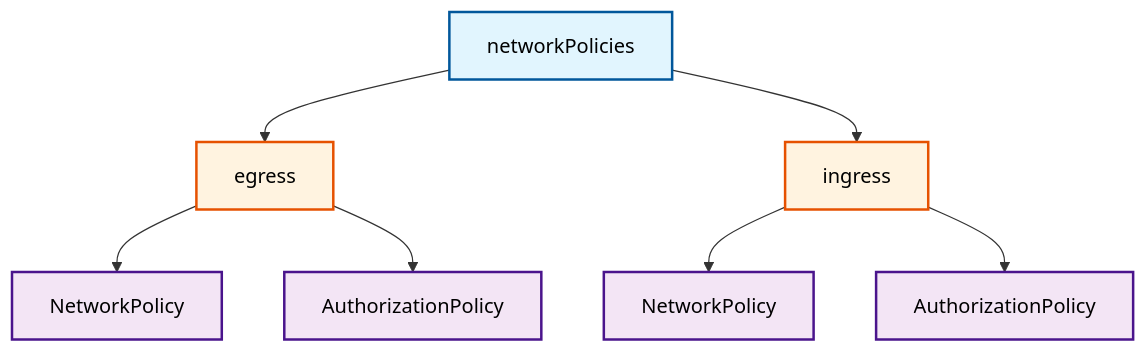
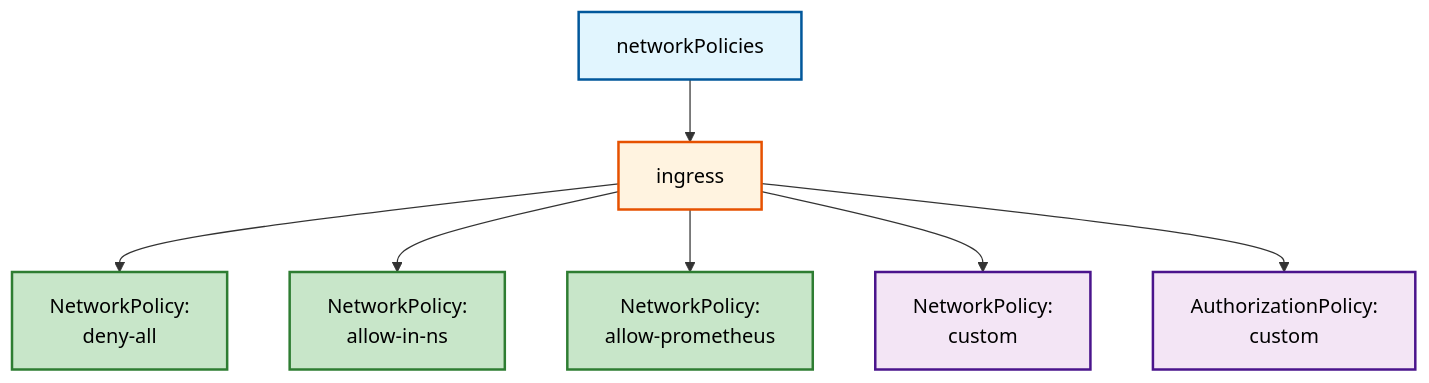
The second of 4 diagrams in docs/RESOURCE_GRAPH.md (DoD-Platform-One/bb-common), drawn with Mermaid before and after one commit. The commit also changed other lines of this file and 53 other files, not shown here.

````diff
--- a/docs/RESOURCE_GRAPH.md
+++ b/docs/RESOURCE_GRAPH.md
@@ -7,18 +42,21 @@
 ```mermaid
 graph TB
-    A[networkPolicies] --> A1[egress]
-    A --> A2[ingress]
-    A1 --> A3[NetworkPolicy]
-    A1 --> A4[AuthorizationPolicy]
-    A2 --> A6[NetworkPolicy]
-    A2 --> A7[AuthorizationPolicy]
-    
+    A[networkPolicies] --> A2[ingress]
+
+    A2 --> A2A[NetworkPolicy:<br/>deny-all]
+    A2 --> A2B[NetworkPolicy:<br/>allow-in-ns]
+    A2 --> A2C[NetworkPolicy:<br/>allow-prometheus]
+    A2 --> A6[NetworkPolicy:<br/>custom]
+    A2 --> A7[AuthorizationPolicy:<br/>custom]
+
     %% Styling
     classDef configKeys fill:#e1f5fe,stroke:#01579b,stroke-width:2px,color:black;
     classDef resources fill:#f3e5f5,stroke:#4a148c,stroke-width:2px,color:black;
     classDef subKeys fill:#fff3e0,stroke:#e65100,stroke-width:2px,color:black;
-    
+    classDef defaults fill:#c8e6c9,stroke:#2e7d32,stroke-width:2px,color:black;
+
     class A configKeys;
-    class A1,A2 subKeys;
-    class A3,A4,A5,A6,A7 resources;
+    class A2 subKeys;
+    class A2A,A2B,A2C defaults;
+    class A6,A7 resources;
 ```
````
